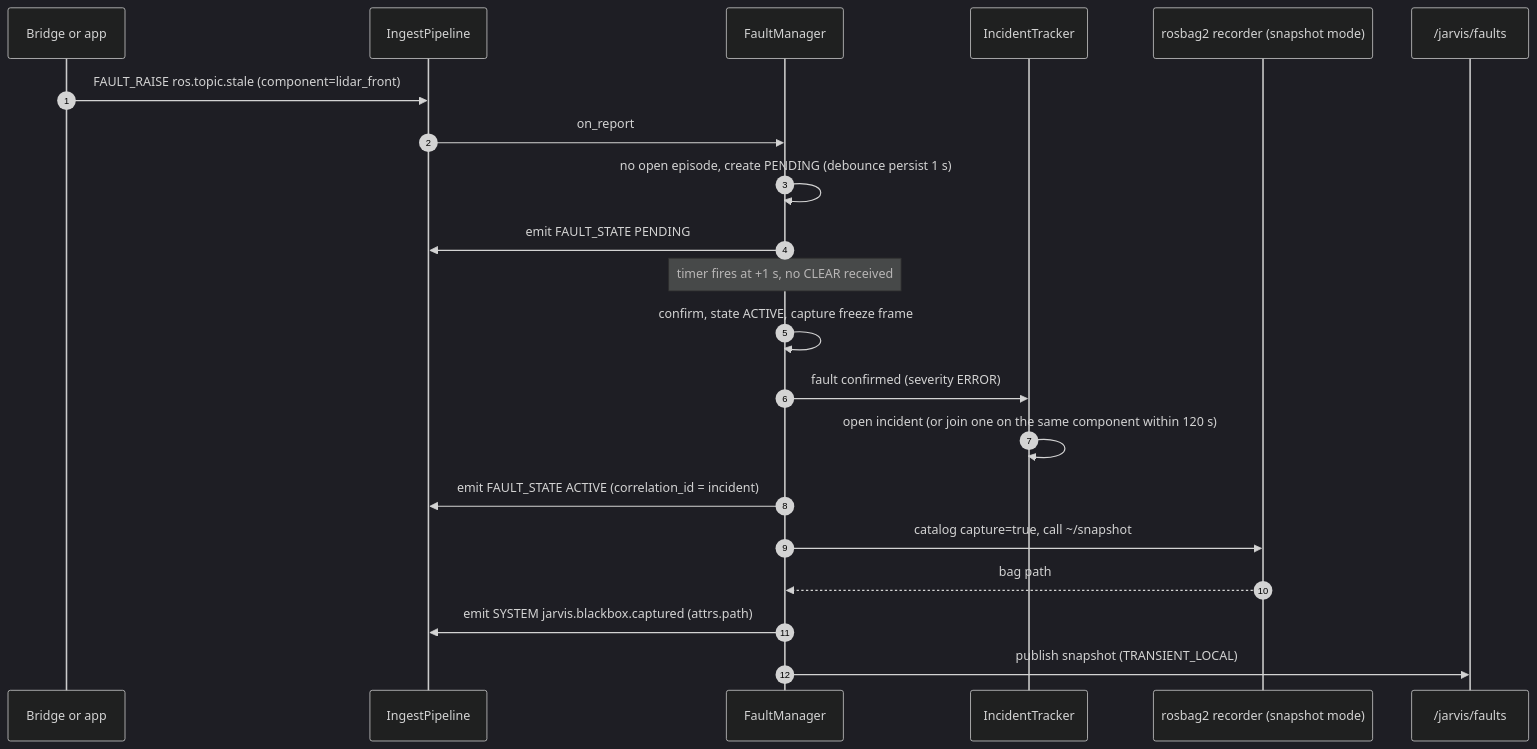
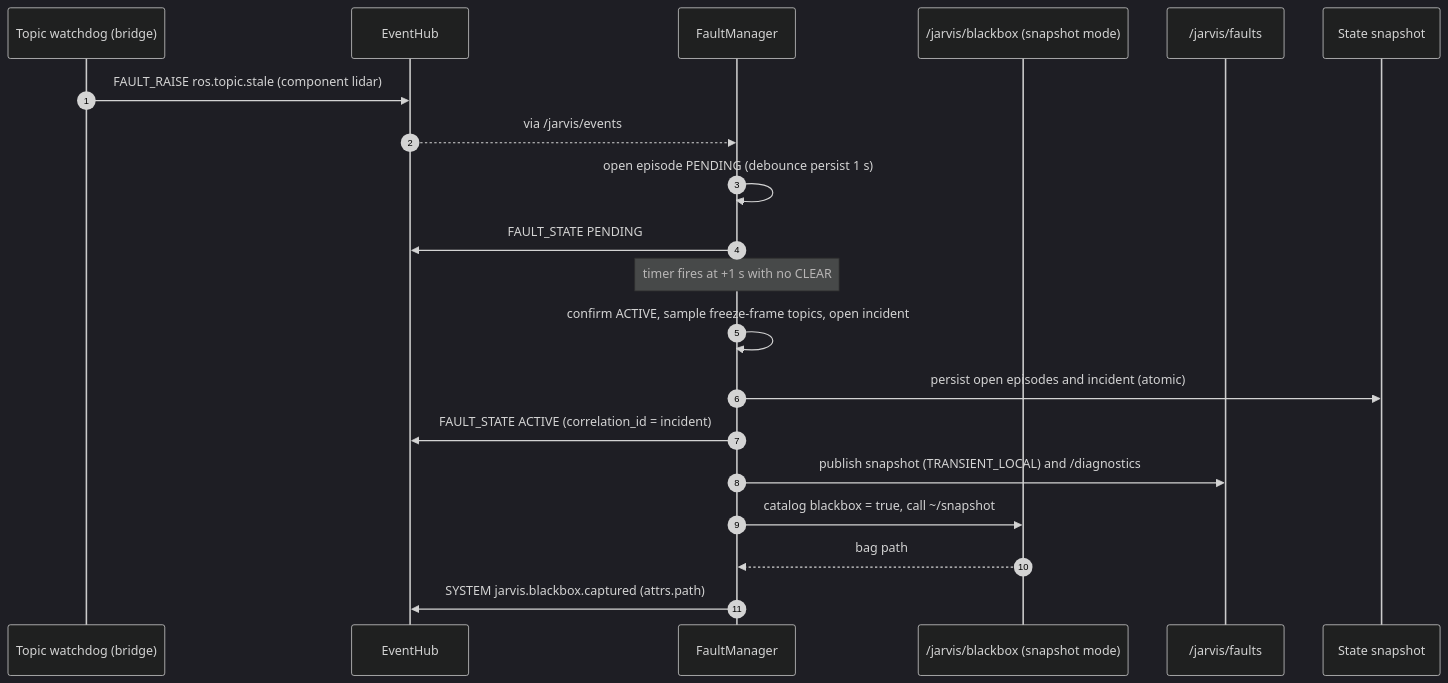
The third of 10 diagrams in docs/design/04-data-flow.md (guilyx/jarvis_ros2), drawn with Mermaid (dark theme) before and after one commit. The commit also changed other lines of this file and 20 other files, not shown here.

````diff
--- a/docs/design/04-data-flow.md
+++ b/docs/design/04-data-flow.md
@@ -78,24 +75,23 @@
 ```mermaid
 sequenceDiagram
   autonumber
-  participant B as Bridge or app
-  participant P as IngestPipeline
+  participant B as Topic watchdog (bridge)
+  participant H as EventHub
   participant F as FaultManager
-  participant I as IncidentTracker
-  participant K as rosbag2 recorder (snapshot mode)
+  participant K as /jarvis/blackbox (snapshot mode)
   participant FS as /jarvis/faults
+  participant ST as State snapshot
 
-  B->>P: FAULT_RAISE ros.topic.stale (component=lidar_front)
-  P->>F: on_report
-  F->>F: no open episode, create PENDING (debounce persist 1 s)
-  F->>P: emit FAULT_STATE PENDING
-  Note over F: timer fires at +1 s, no CLEAR received
-  F->>F: confirm, state ACTIVE, capture freeze frame
-  F->>I: fault confirmed (severity ERROR)
-  I->>I: open incident (or join one on the same component within 120 s)
-  F->>P: emit FAULT_STATE ACTIVE (correlation_id = incident)
-  F->>K: catalog capture=true, call ~/snapshot
+  B->>H: FAULT_RAISE ros.topic.stale (component lidar)
+  H-->>F: via /jarvis/events
+  F->>F: open episode PENDING (debounce persist 1 s)
+  F->>H: FAULT_STATE PENDING
+  Note over F: timer fires at +1 s with no CLEAR
+  F->>F: confirm ACTIVE, sample freeze-frame topics, open incident
+  F->>ST: persist open episodes and incident (atomic)
+  F->>H: FAULT_STATE ACTIVE (correlation_id = incident)
+  F->>FS: publish snapshot (TRANSIENT_LOCAL) and /diagnostics
+  F->>K: catalog blackbox = true, call ~/snapshot
   K-->>F: bag path
-  F->>P: emit SYSTEM jarvis.blackbox.captured (attrs.path)
-  F->>FS: publish snapshot (TRANSIENT_LOCAL)
+  F->>H: SYSTEM jarvis.blackbox.captured (attrs.path)
 ```
````
